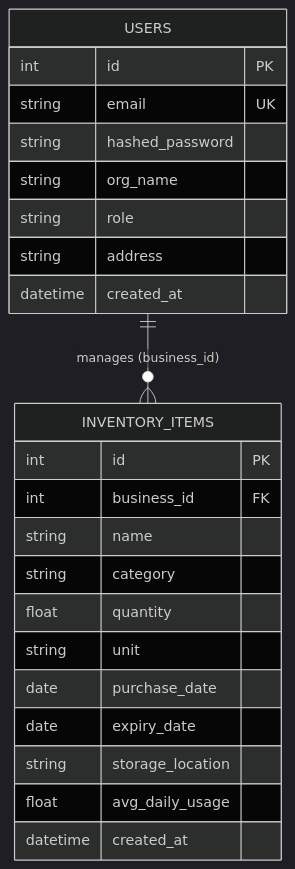
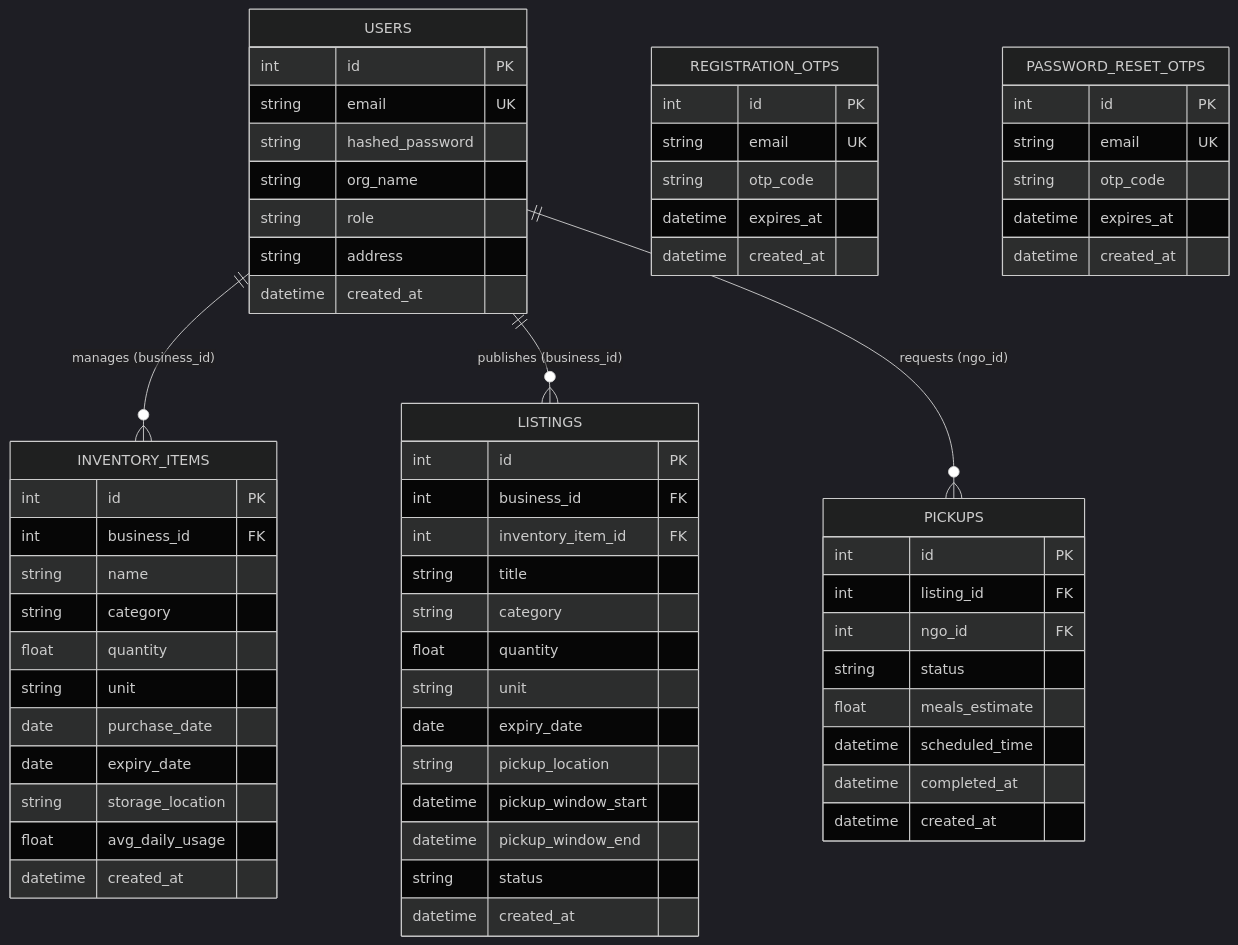
The second of 2 diagrams in README.md (preygoti/foodwaste-platform), drawn with Mermaid (dark theme) before and after one commit. The commit also changed other lines of this file, not shown here.

Commit message:
docs: update README.md with comprehensive milestone documentation, architecture, and feature breakdown

````diff
--- a/README.md
+++ b/README.md
@@ -103,26 +104,73 @@
 ```mermaid
 erDiagram
     USERS ||--o{ INVENTORY_ITEMS : "manages (business_id)"
+    USERS ||--o{ LISTINGS : "publishes (business_id)"
+    USERS ||--o{ PICKUPS : "requests (ngo_id)"
+    
     USERS {
         int id PK
         string email UK
         string hashed_password
         string org_name
         string role
         string address
         datetime created_at
     }
+
+    REGISTRATION_OTPS {
+        int id PK
+        string email UK
+        string otp_code
+        datetime expires_at
+        datetime created_at
+    }
+
+    PASSWORD_RESET_OTPS {
+        int id PK
+        string email UK
+        string otp_code
+        datetime expires_at
+        datetime created_at
+    }
+
     INVENTORY_ITEMS {
         int id PK
         int business_id FK
         string name
         string category
         float quantity
         string unit
         date purchase_date
         date expiry_date
         string storage_location
         float avg_daily_usage
         datetime created_at
     }
+
+    LISTINGS {
+        int id PK
+        int business_id FK
+        int inventory_item_id FK
+        string title
+        string category
+        float quantity
+        string unit
+        date expiry_date
+        string pickup_location
+        datetime pickup_window_start
+        datetime pickup_window_end
+        string status
+        datetime created_at
+    }
+
+    PICKUPS {
+        int id PK
+        int listing_id FK
+        int ngo_id FK
+        string status
+        float meals_estimate
+        datetime scheduled_time
+        datetime completed_at
+        datetime created_at
+    }
 ```
````
